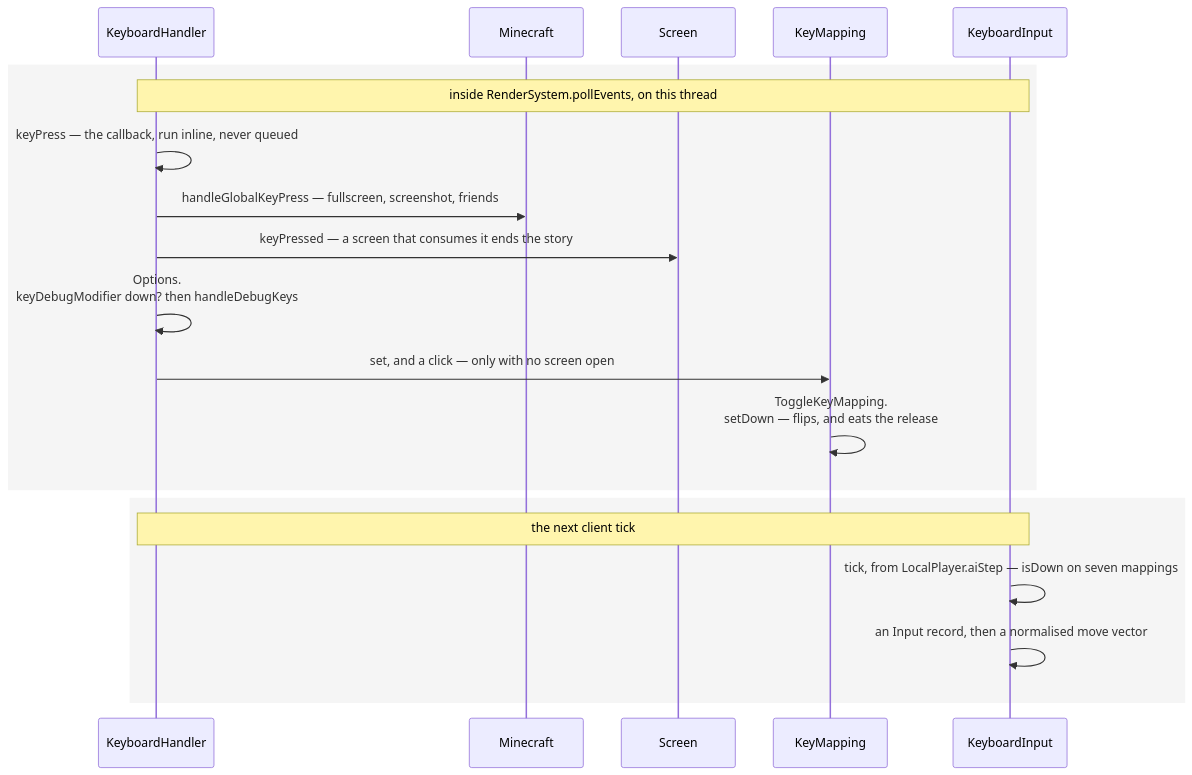
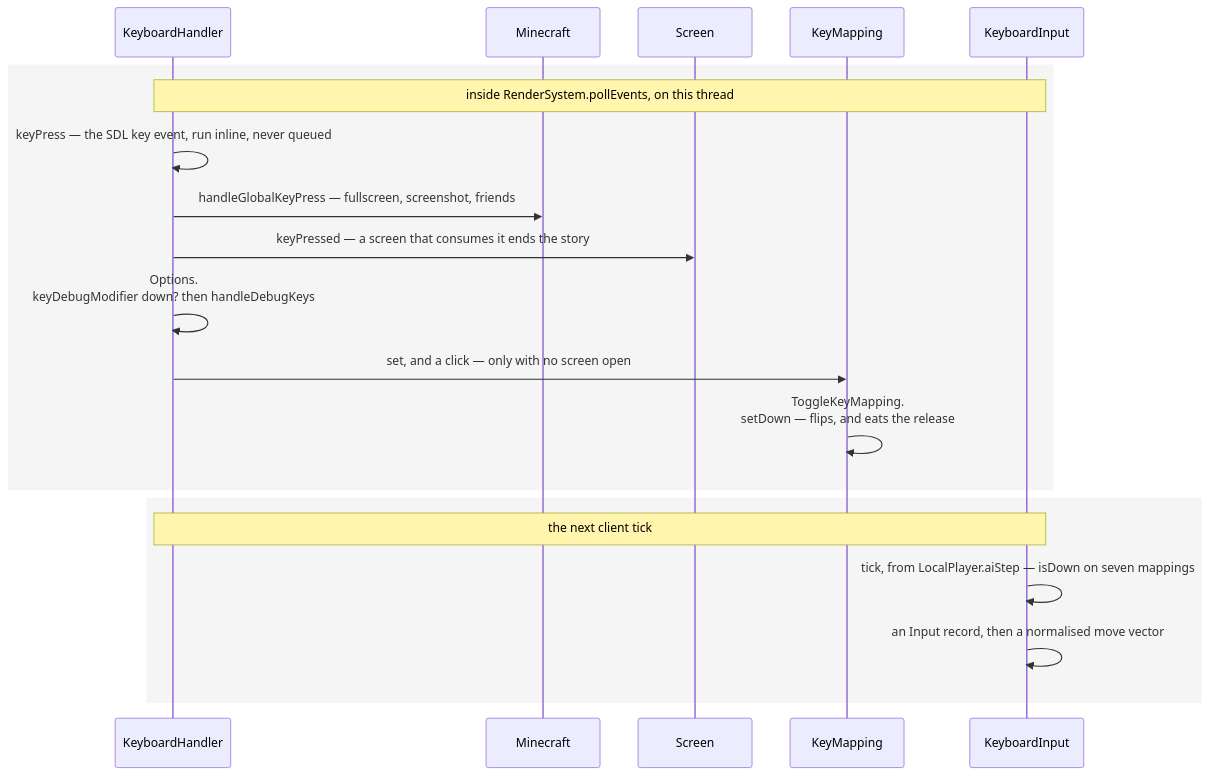
One commit to AlexanderjFraser/MinecraftDocs changed the diagram in src/systems/client/input-and-keybinds.md. Above: the diagram before and after it, drawn with Mermaid. The commit also changed other lines of this file and 68 other files, not shown here.

````diff
--- a/src/systems/client/input-and-keybinds.md
+++ b/src/systems/client/input-and-keybinds.md
@@ -44,22 +45,22 @@
 ```mermaid
 sequenceDiagram
     participant KH as KeyboardHandler
     participant MC as Minecraft
     participant Screen as Screen
     participant KM as KeyMapping
     participant KI as KeyboardInput
     rect rgba(0, 0, 0, 0.04)
     Note over KH,KI: inside RenderSystem.pollEvents, on this thread
-    KH->>KH: keyPress — the callback, run inline, never queued
+    KH->>KH: keyPress — the SDL key event, run inline, never queued
     KH->>MC: handleGlobalKeyPress — fullscreen, screenshot, friends
     KH->>Screen: keyPressed — a screen that consumes it ends the story
     KH->>KH: Options.<br/>keyDebugModifier down? then handleDebugKeys
     KH->>KM: set, and a click — only with no screen open
     KM->>KM: ToggleKeyMapping.<br/>setDown — flips, and eats the release
     end
     rect rgba(0, 0, 0, 0.04)
     Note over KH,KI: the next client tick
     KI->>KI: tick, from LocalPlayer.aiStep — isDown on seven mappings
     KI->>KI: an Input record, then a normalised move vector
     end
 ```
````
